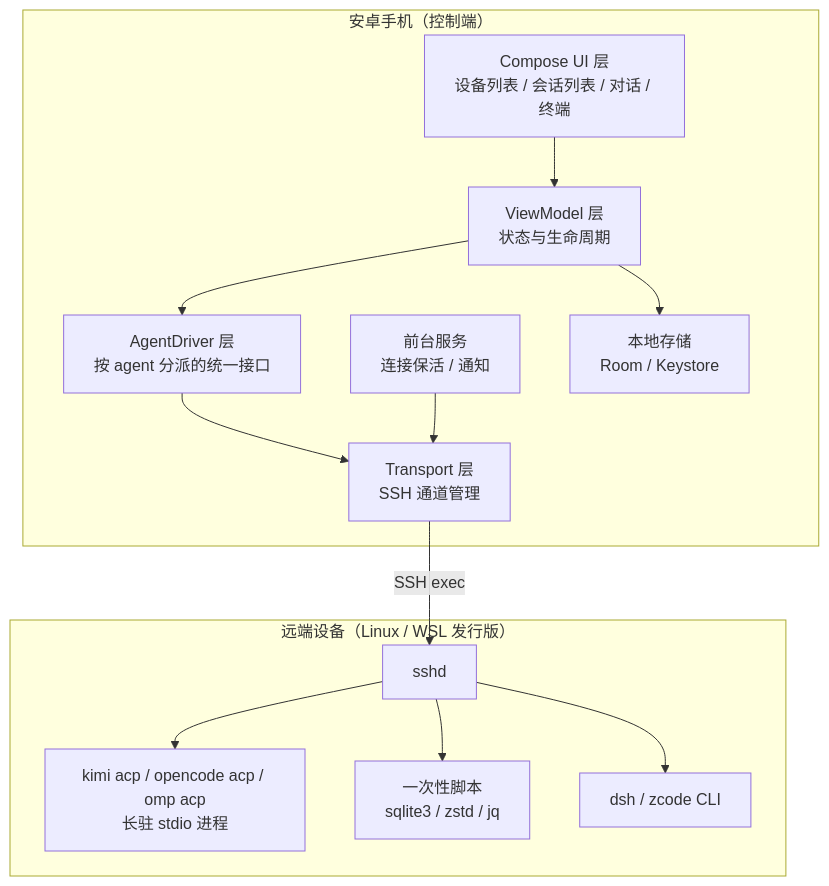
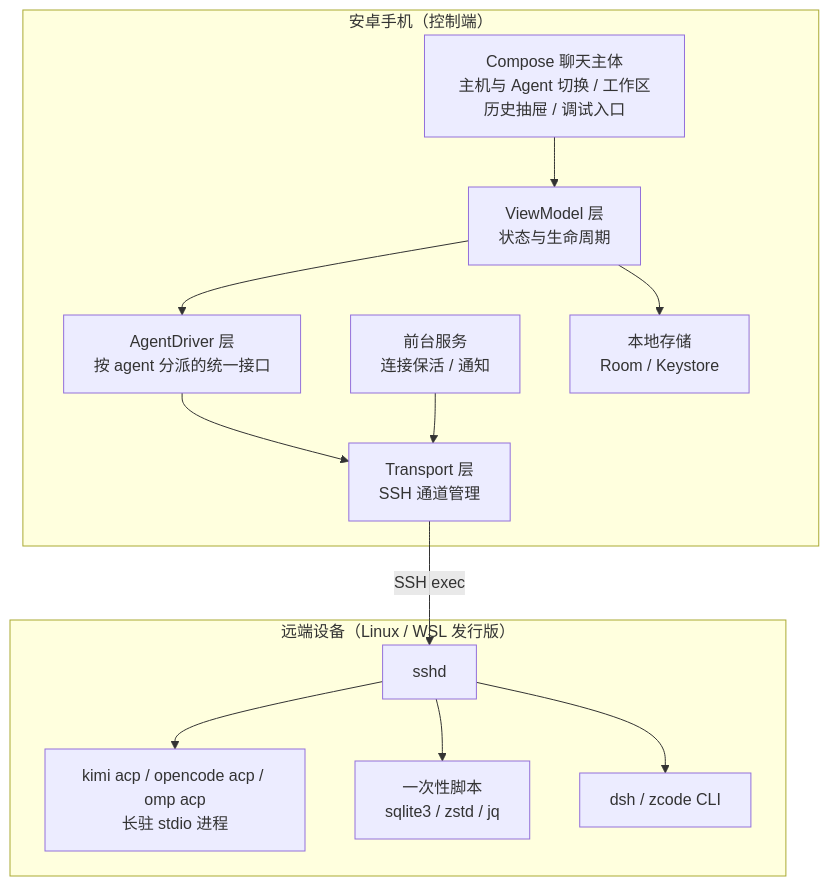
The first of 6 diagrams in 05-技术方案.md (collegeming/rmAgentMa), drawn with Mermaid before and after one commit. The commit also changed other lines of this file and 51 other files, not shown here.

````diff
--- a/05-技术方案.md
+++ b/05-技术方案.md
@@ -7,26 +27,26 @@
 ```mermaid
 flowchart TB
     subgraph Phone["安卓手机（控制端）"]
-        UI["Compose UI 层<br/>设备列表 / 会话列表 / 对话 / 终端"]
+        UI["Compose 聊天主体<br/>主机与 Agent 切换 / 工作区历史抽屉 / 调试入口"]
         VM["ViewModel 层<br/>状态与生命周期"]
         SVC["前台服务<br/>连接保活 / 通知"]
         DRV["AgentDriver 层<br/>按 agent 分派的统一接口"]
         TRAN["Transport 层<br/>SSH 通道管理"]
         STORE["本地存储<br/>Room / Keystore"]
     end
 
     subgraph Remote["远端设备（Linux / WSL 发行版）"]
         SSH["sshd"]
         ACP["kimi acp / opencode acp / omp acp<br/>长驻 stdio 进程"]
         SCRIPT["一次性脚本<br/>sqlite3 / zstd / jq"]
         CLI["dsh / zcode CLI"]
     end
 
     UI --> VM --> DRV --> TRAN
     SVC --> TRAN
     VM --> STORE
     TRAN -->|"SSH exec"| SSH
     SSH --> ACP
     SSH --> SCRIPT
     SSH --> CLI
 ```
````
